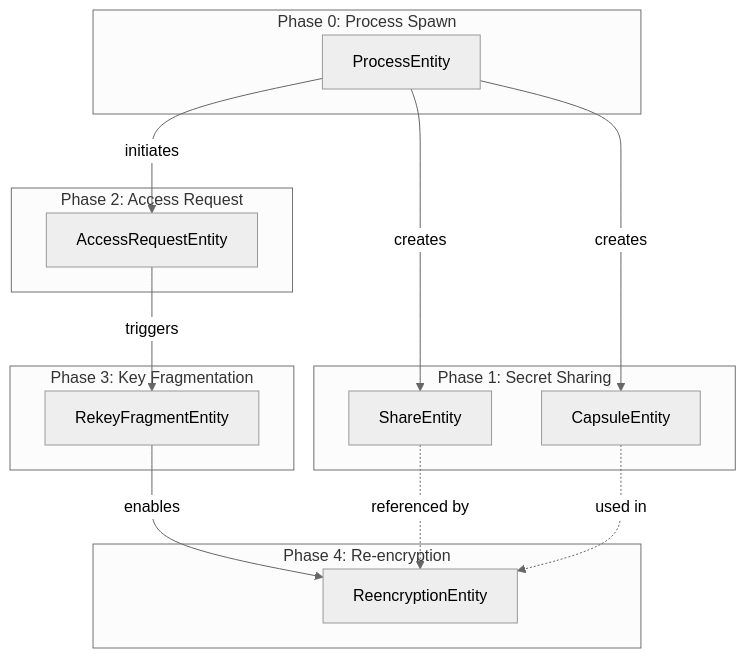
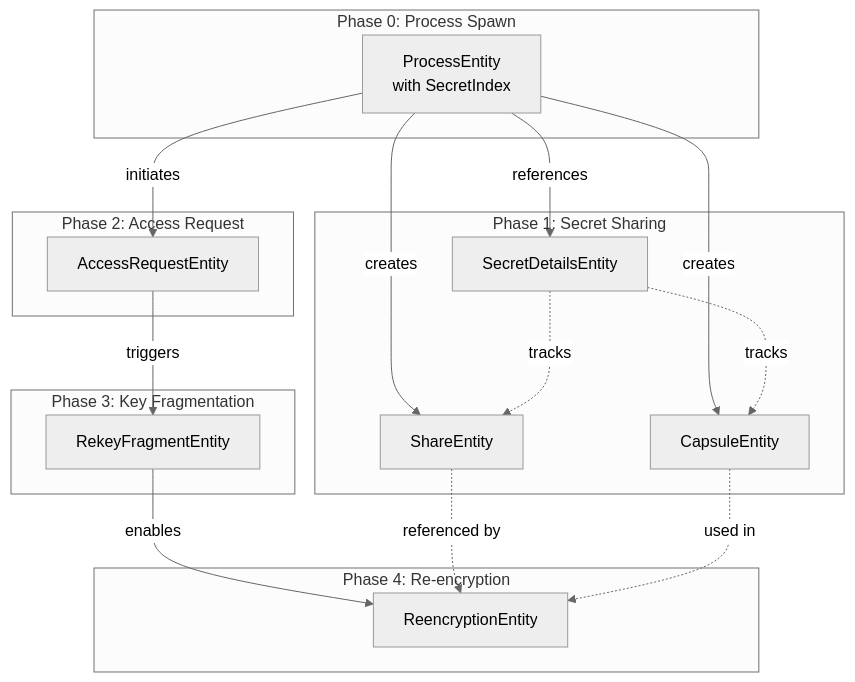
Before and after one commit to shodaimomiyama/D-TPRES: the diagram in docs/development/domain/entity/entities.md, drawn with Mermaid (neutral theme). The commit also changed other lines of this file and 2 other files, not shown here.

````diff
--- a/docs/development/domain/entity/entities.md
+++ b/docs/development/domain/entity/entities.md
@@ -722,32 +907,36 @@
 ```mermaid
 graph TB
     subgraph "Phase 0: Process Spawn"
-        PE[ProcessEntity]
+        PE[ProcessEntity<br/>with SecretIndex]
     end
     
     subgraph "Phase 1: Secret Sharing"
         SE[ShareEntity]
         CE[CapsuleEntity]
+        SDE[SecretDetailsEntity]
     end
     
     subgraph "Phase 2: Access Request"
         ARE[AccessRequestEntity]
     end
     
     subgraph "Phase 3: Key Fragmentation"
         RFE[RekeyFragmentEntity]
     end
     
     subgraph "Phase 4: Re-encryption"
         RE[ReencryptionEntity]
     end
     
+    PE -->|references| SDE
     PE -->|creates| SE
     PE -->|creates| CE
     PE -->|initiates| ARE
     ARE -->|triggers| RFE
     RFE -->|enables| RE
     
+    SDE -.->|tracks| SE
+    SDE -.->|tracks| CE
     SE -.->|referenced by| RE
     CE -.->|used in| RE
 ```
````
